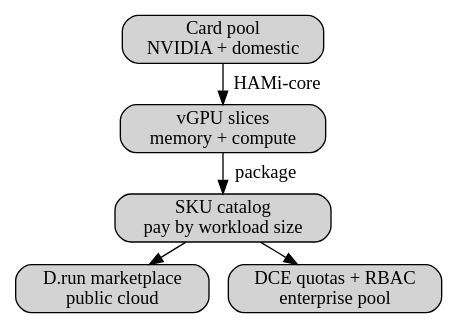
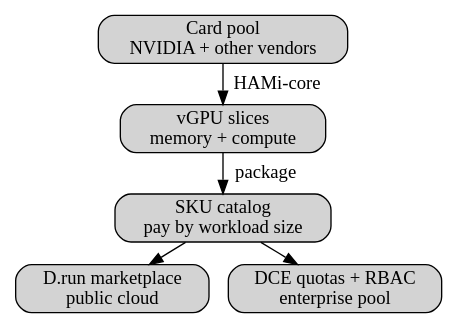
Before and after one commit to fishing-agents/talks: the sixth of 6 diagrams in containerdays_neocloud_blueprint.md, drawn with Graphviz. The commit also changed other lines of this file and 1 other file, not shown here.

````diff
--- a/containerdays_neocloud_blueprint.md
+++ b/containerdays_neocloud_blueprint.md
@@ -939,17 +1061,17 @@
 ```dot
 digraph G {
   rankdir=TB
   nodesep=0.2
   ranksep=0.2
   node [shape=box style="rounded,filled" margin="0.08,0.03"]
-  pool [label="Card pool\nNVIDIA + domestic" class="green"]
+  pool [label="Card pool\nNVIDIA + other vendors" class="green"]
   slice [label="vGPU slices\nmemory + compute" class="yellow"]
   sku [label="SKU catalog\npay by workload size" class="red"]
   pub [label="D.run marketplace\npublic cloud"]
   ent [label="DCE quotas + RBAC\nenterprise pool" class="red"]
   pool -> slice [label=" HAMi-core"]
   slice -> sku [label=" package"]
   sku -> pub
   sku -> ent
 }
 ```
````
